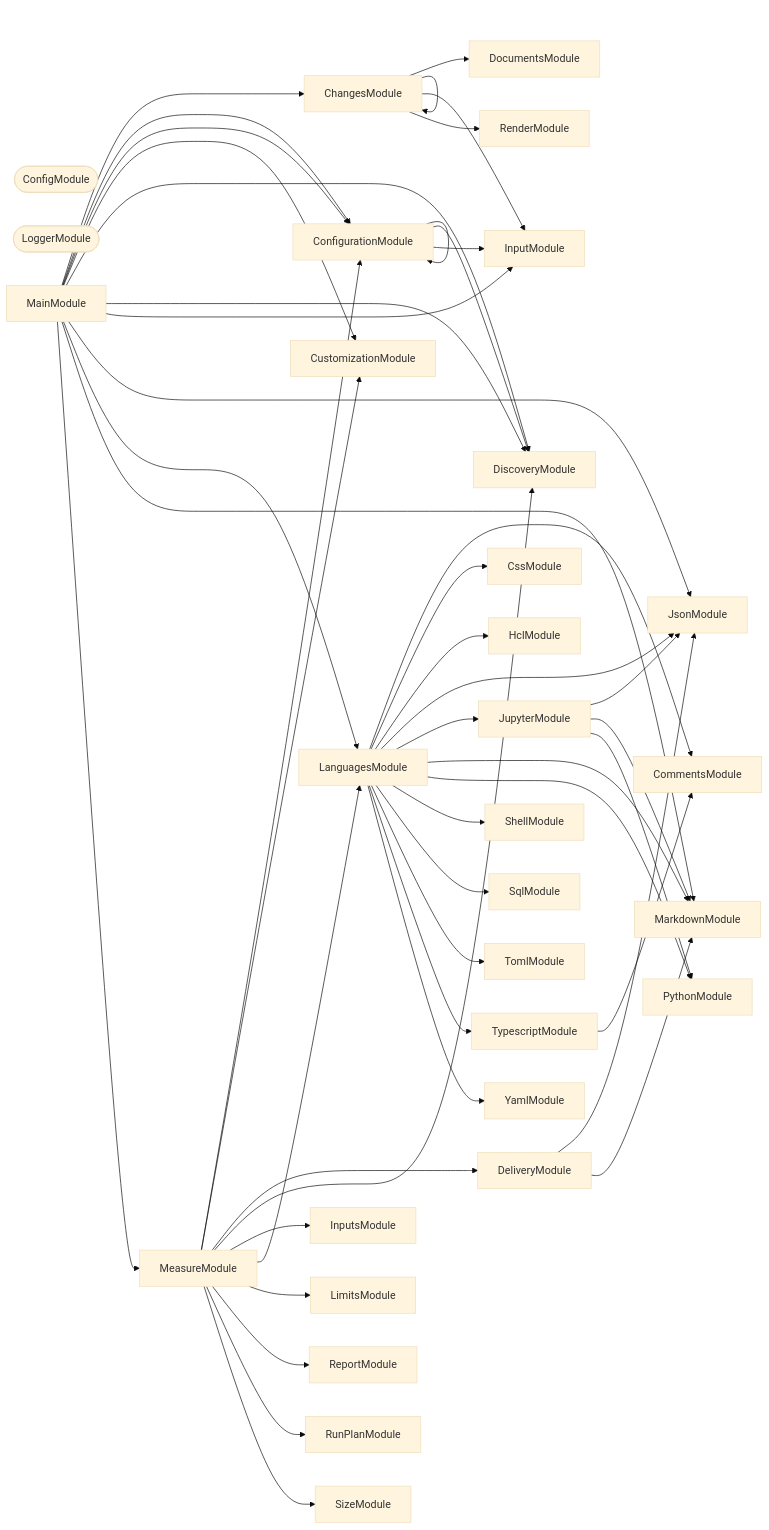
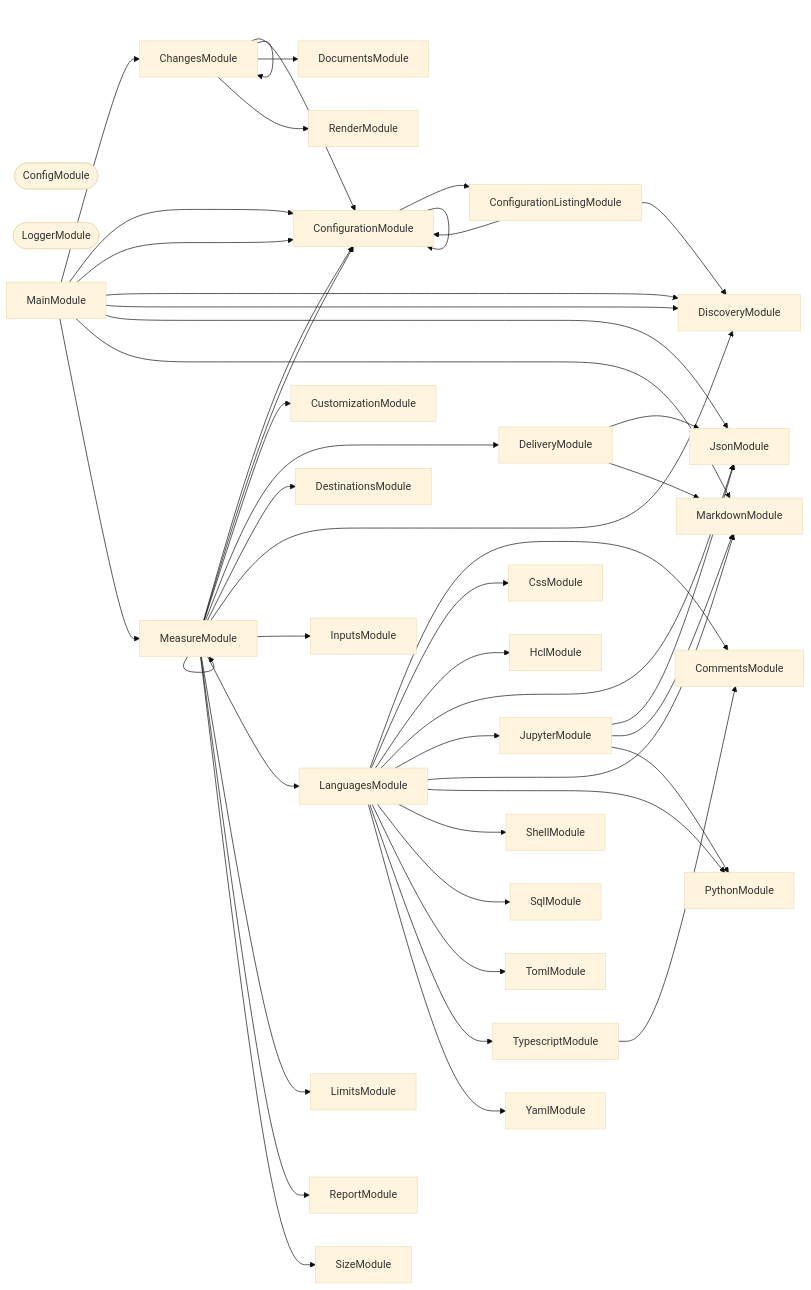
The second of 3 diagrams in packages/ic-suite/codometer/codometer-cli/README.md (JimmyPaolini/codebase), drawn with Mermaid (base theme) before and after one commit. The commit also changed other lines of this file and 268 other files, not shown here.

````diff
--- a/packages/ic-suite/codometer/codometer-cli/README.md
+++ b/packages/ic-suite/codometer/codometer-cli/README.md
@@ -925,79 +886,79 @@
 ```mermaid
 flowchart LR
   ChangesModule
   CommentsModule
   ConfigModule([ConfigModule])
+  ConfigurationListingModule
   ConfigurationModule
   CssModule
   CustomizationModule
   DeliveryModule
+  DestinationsModule
   DiscoveryModule
   DocumentsModule
   HclModule
-  InputModule
   InputsModule
   JsonModule
   JupyterModule
   LanguagesModule
   LimitsModule
   LoggerModule([LoggerModule])
   MainModule
   MarkdownModule
   MeasureModule
   PythonModule
   RenderModule
   ReportModule
-  RunPlanModule
   ShellModule
   SizeModule
   SqlModule
   TomlModule
   TypescriptModule
   YamlModule
   ChangesModule --> ChangesModule
+  ChangesModule --> ConfigurationModule
   ChangesModule --> DocumentsModule
-  ChangesModule --> InputModule
   ChangesModule --> RenderModule
+  ConfigurationListingModule --> ConfigurationModule
+  ConfigurationListingModule --> DiscoveryModule
+  ConfigurationModule --> ConfigurationListingModule
   ConfigurationModule --> ConfigurationModule
-  ConfigurationModule --> DiscoveryModule
-  ConfigurationModule --> InputModule
   DeliveryModule --> JsonModule
   DeliveryModule --> MarkdownModule
   JupyterModule --> JsonModule
   JupyterModule --> MarkdownModule
   JupyterModule --> PythonModule
   LanguagesModule --> CommentsModule
   LanguagesModule --> CssModule
   LanguagesModule --> HclModule
   LanguagesModule --> JsonModule
   LanguagesModule --> JupyterModule
   LanguagesModule --> MarkdownModule
   LanguagesModule --> PythonModule
   LanguagesModule --> ShellModule
   LanguagesModule --> SqlModule
   LanguagesModule --> TomlModule
   LanguagesModule --> TypescriptModule
   LanguagesModule --> YamlModule
   MainModule --> ChangesModule
   MainModule --> ConfigurationModule
   MainModule --> ConfigurationModule
-  MainModule --> CustomizationModule
   MainModule --> DiscoveryModule
   MainModule --> DiscoveryModule
-  MainModule --> InputModule
   MainModule --> JsonModule
-  MainModule --> LanguagesModule
   MainModule --> MarkdownModule
   MainModule --> MeasureModule
   MeasureModule --> ConfigurationModule
+  MeasureModule --> ConfigurationModule
   MeasureModule --> CustomizationModule
   MeasureModule --> DeliveryModule
+  MeasureModule --> DestinationsModule
   MeasureModule --> DiscoveryModule
   MeasureModule --> InputsModule
   MeasureModule --> LanguagesModule
   MeasureModule --> LimitsModule
+  MeasureModule --> MeasureModule
   MeasureModule --> ReportModule
-  MeasureModule --> RunPlanModule
   MeasureModule --> SizeModule
   TypescriptModule --> CommentsModule
 ```
````
